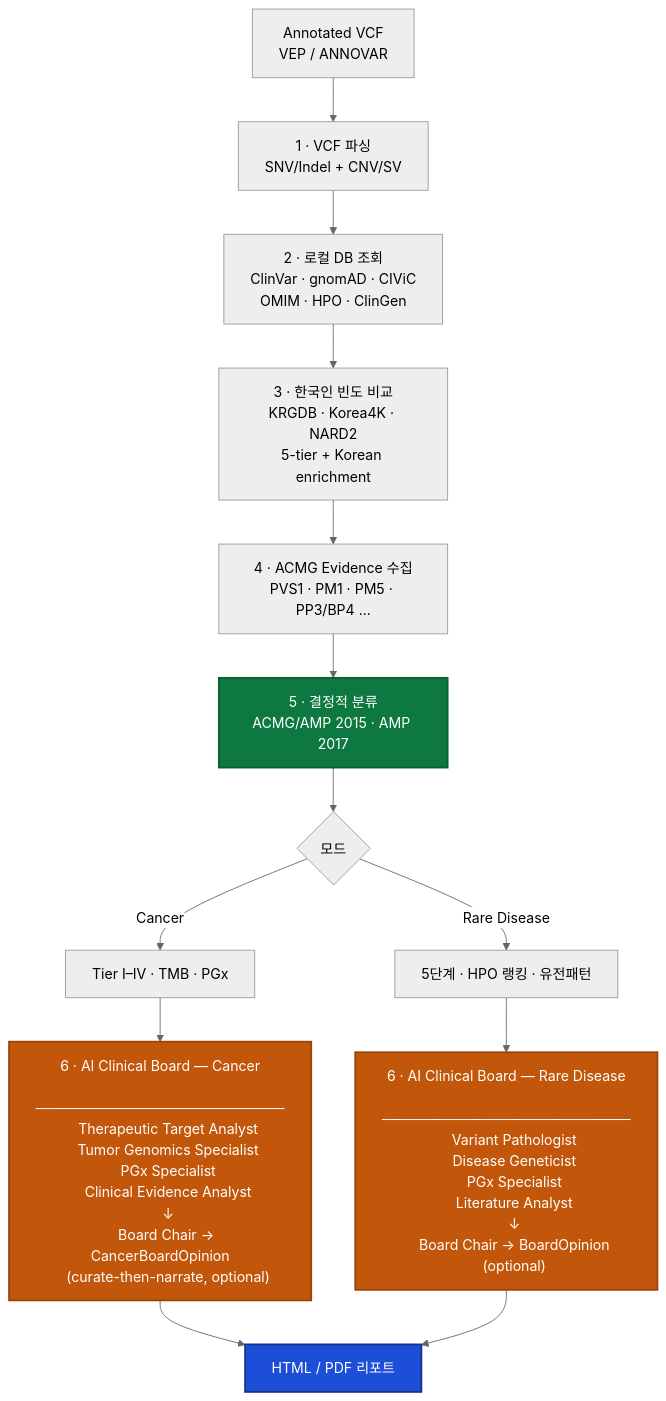
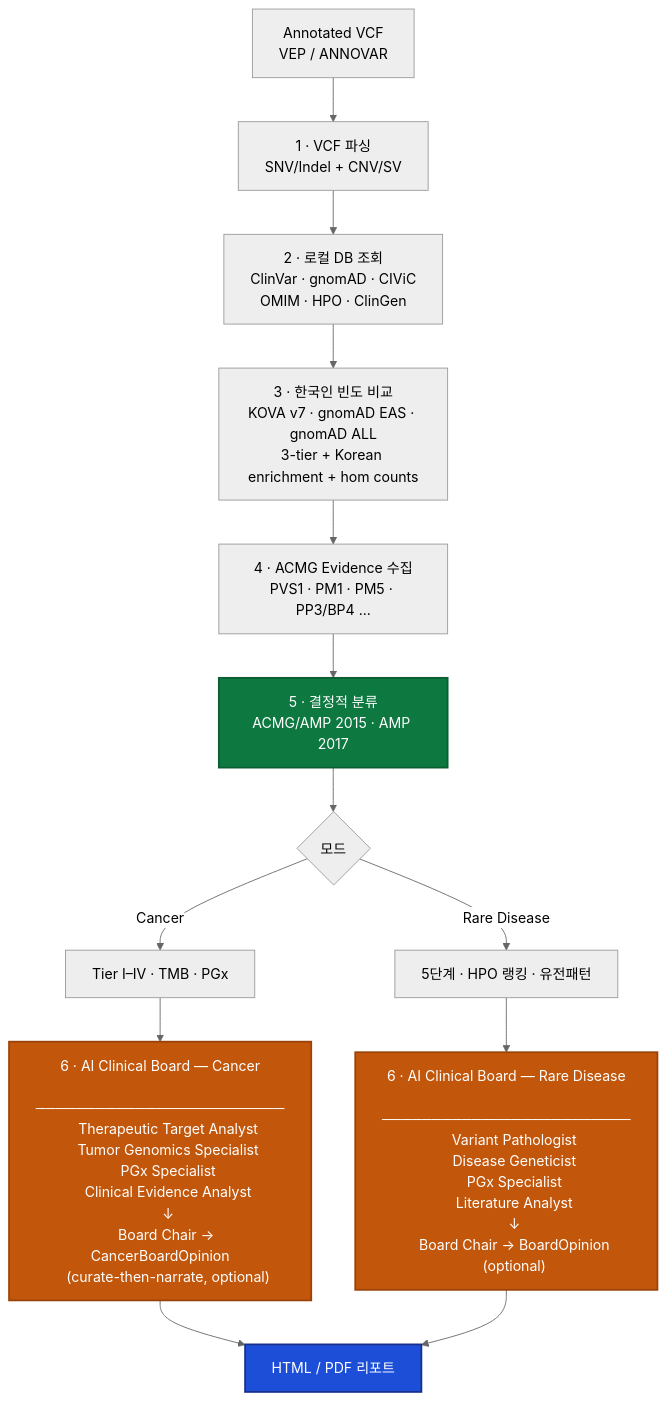
Before and after one commit to junehawk/BIKO-GenomeBoard: the diagram in README.md, drawn with Mermaid (neutral theme). The commit also changed other lines of this file and 1 other file, not shown here.

First line of the commit message:
docs(readme): replace Korea4K/NARD2/KRGDB with KOVA v7

````diff
--- a/README.md
+++ b/README.md
@@ -39,36 +39,36 @@
 ```mermaid
 flowchart TD
     A[Annotated VCF<br/>VEP / ANNOVAR] --> B[1 · VCF 파싱<br/>SNV/Indel + CNV/SV]
     B --> C[2 · 로컬 DB 조회<br/>ClinVar · gnomAD · CIViC<br/>OMIM · HPO · ClinGen]
-    C --> D[3 · 한국인 빈도 비교<br/>KRGDB · Korea4K · NARD2<br/>5-tier + Korean enrichment]
+    C --> D[3 · 한국인 빈도 비교<br/>KOVA v7 · gnomAD EAS · gnomAD ALL<br/>3-tier + Korean enrichment + hom counts]
     D --> E[4 · ACMG Evidence 수집<br/>PVS1 · PM1 · PM5 · PP3/BP4 ...]
     E --> F[5 · 결정적 분류<br/>ACMG/AMP 2015 · AMP 2017]
     F --> G{모드}
     G -->|Cancer| H[Tier I–IV · TMB · PGx]
     G -->|Rare Disease| I[5단계 · HPO 랭킹 · 유전패턴]
     H --> J["6 · AI Clinical Board — Cancer
     ─────────────────────────
     Therapeutic Target Analyst
     Tumor Genomics Specialist
     PGx Specialist
     Clinical Evidence Analyst
     ↓
     Board Chair → CancerBoardOpinion
     (curate-then-narrate, optional)"]
     I --> K["6 · AI Clinical Board — Rare Disease
     ─────────────────────────
     Variant Pathologist
     Disease Geneticist
     PGx Specialist
     Literature Analyst
     ↓
     Board Chair → BoardOpinion
     (optional)"]
     J --> L[HTML / PDF 리포트]
     K --> L
 
     style F fill:#0d7840,stroke:#0a5e32,stroke-width:2px,color:#ffffff
     style J fill:#c2570c,stroke:#9a4309,stroke-width:2px,color:#ffffff
     style K fill:#c2570c,stroke:#9a4309,stroke-width:2px,color:#ffffff
     style L fill:#1d4ed8,stroke:#172f8a,stroke-width:2px,color:#ffffff
 ```
````
